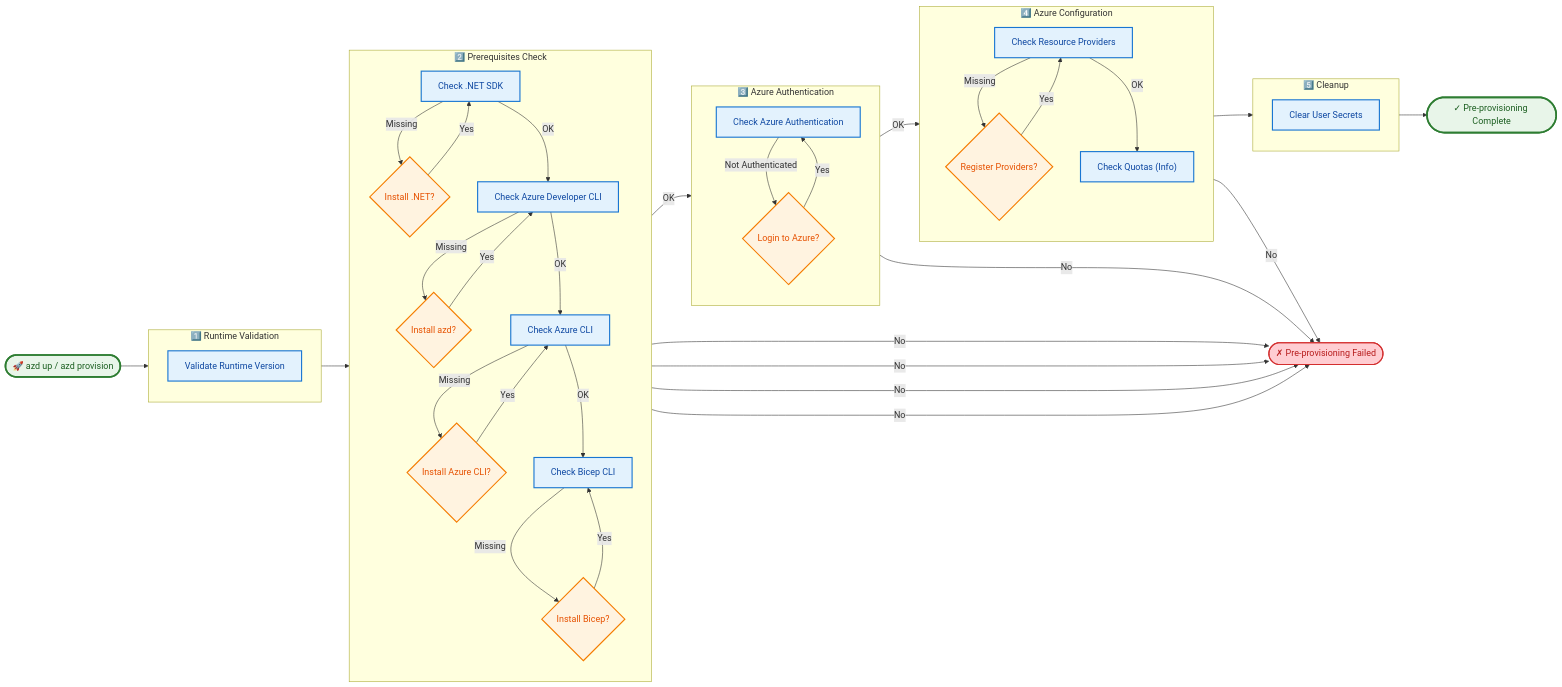
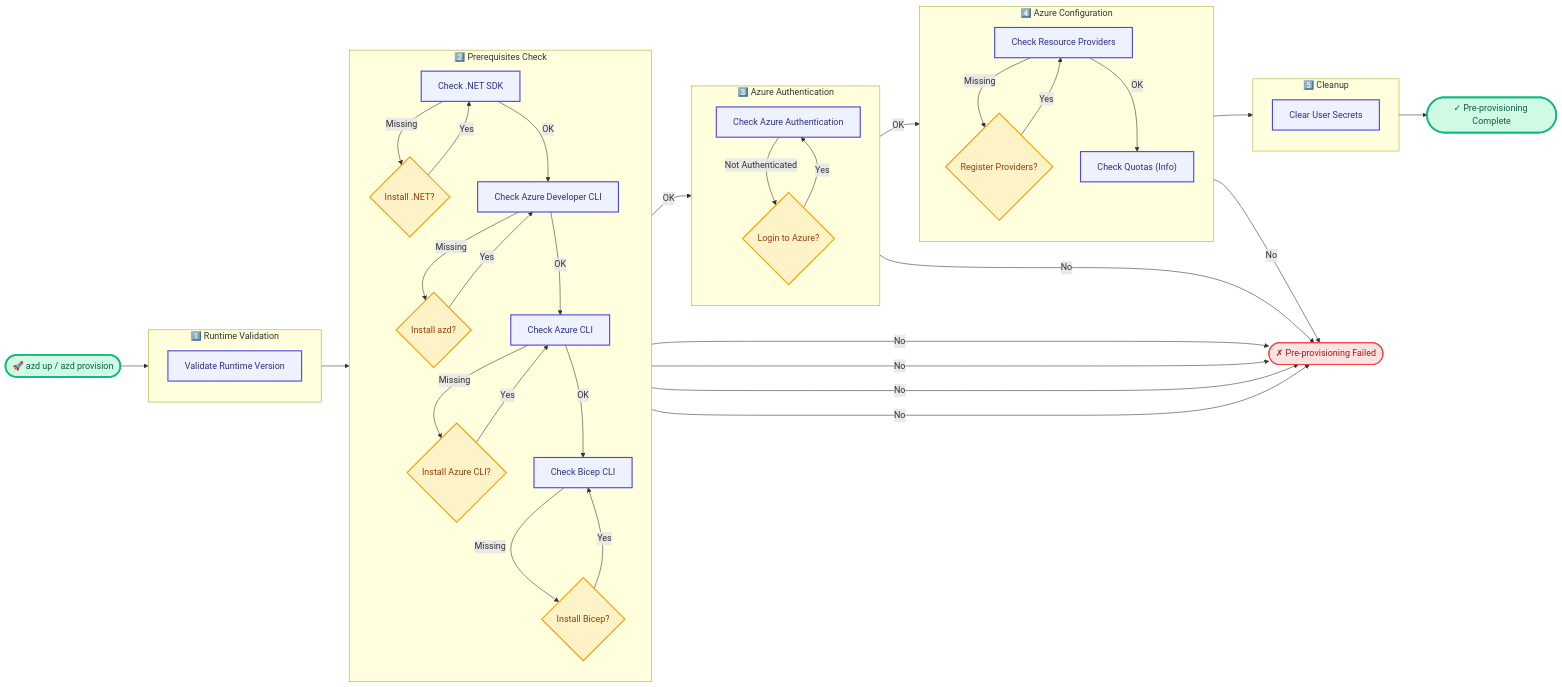
The diagram in docs/hooks/preprovision.md (Evilazaro/Azure-LogicApps-Monitoring), drawn with Mermaid before and after one commit. The commit also changed 11 other files, not shown here.

Commit message:
feat(docs): Update diagrams with modern color palette for improved accessibility and clarity

```diff
--- a/docs/hooks/preprovision.md
+++ b/docs/hooks/preprovision.md
@@ -456,10 +456,10 @@
     CheckQuota --> Cleanup
     Cleanup --> Complete
 
-    classDef startEnd fill:#e8f5e9,stroke:#2e7d32,stroke-width:3px,color:#1b5e20
-    classDef process fill:#e3f2fd,stroke:#1976d2,stroke-width:2px,color:#0d47a1
-    classDef decision fill:#fff3e0,stroke:#f57c00,stroke-width:2px,color:#e65100
-    classDef failure fill:#ffcdd2,stroke:#d32f2f,stroke-width:2px,color:#b71c1c
+    classDef startEnd fill:#D1FAE5,stroke:#10B981,stroke-width:3px,color:#065F46
+    classDef process fill:#EEF2FF,stroke:#4F46E5,stroke-width:2px,color:#312E81
+    classDef decision fill:#FEF3C7,stroke:#F59E0B,stroke-width:2px,color:#92400E
+    classDef failure fill:#FEE2E2,stroke:#EF4444,stroke-width:2px,color:#991B1B
 
     class Start,Complete startEnd
     class ValidateRuntime,CheckDotNet,CheckAzd,CheckAzCLI,CheckAuth,CheckBicep,CheckProviders,CheckQuota,ClearSecrets process
```
